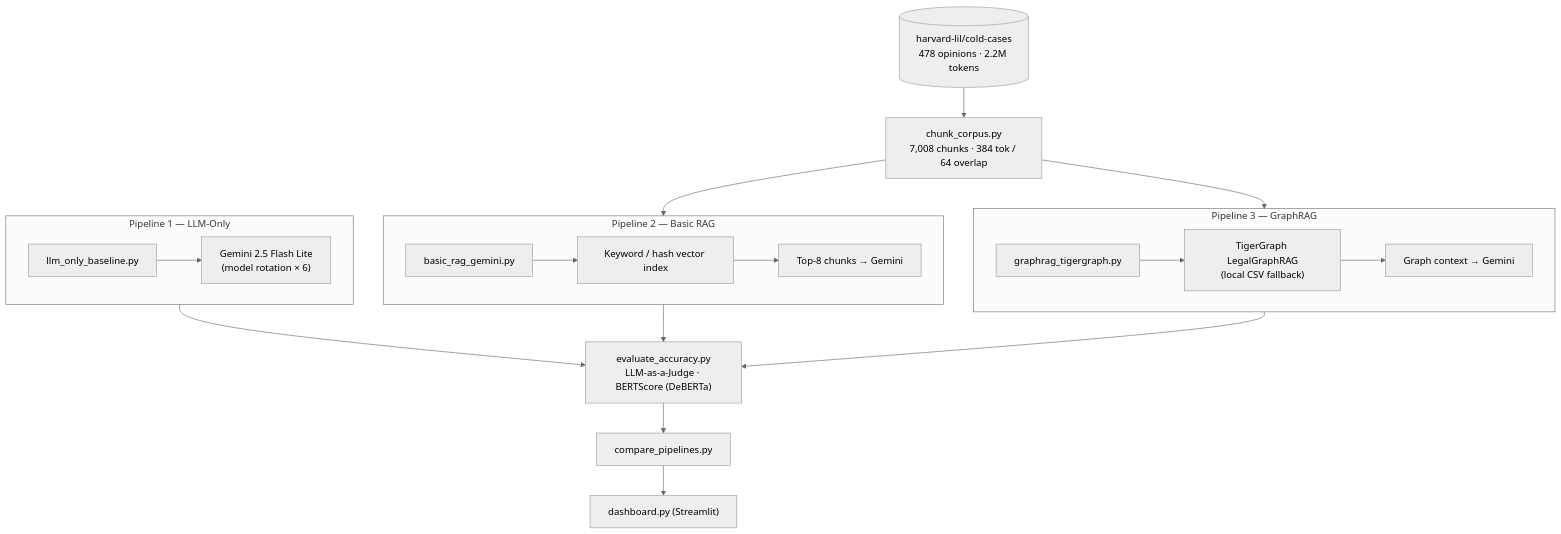
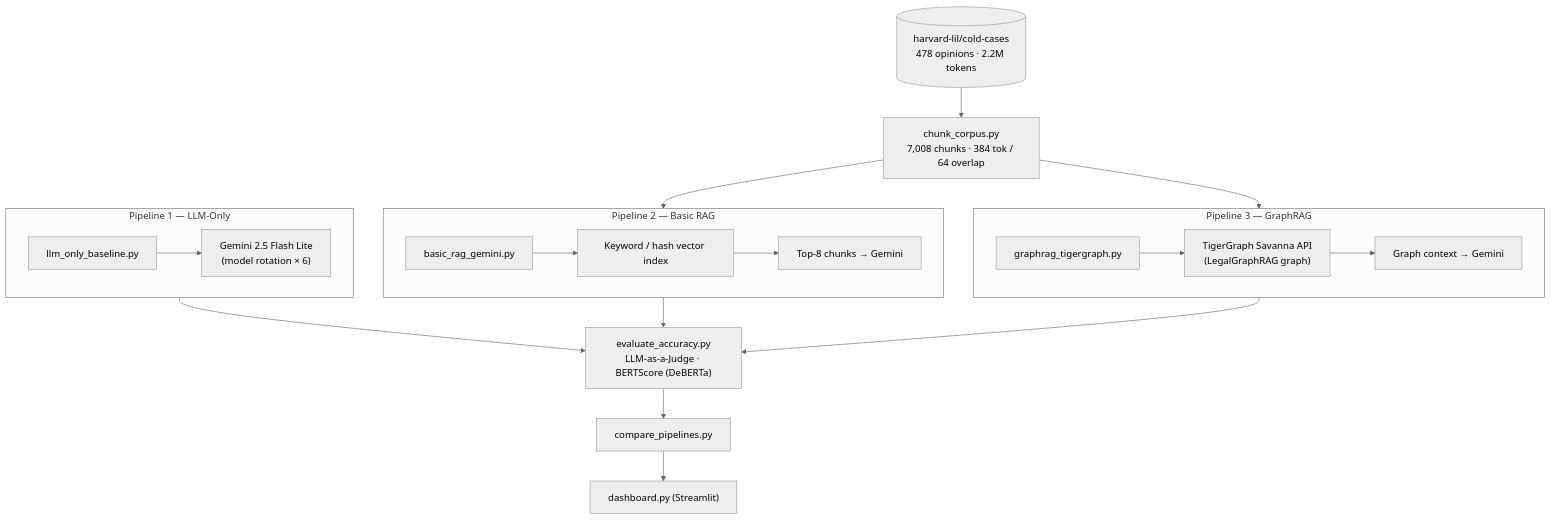
Before and after one commit to Mr-Daker/legal-graphrag-bench: the diagram in README.md, drawn with Mermaid (neutral theme). The commit also changed other lines of this file and 3 other files, not shown here.

First line of the commit message:
v4: connect TigerGraph Savanna API, update benchmark results

````diff
--- a/README.md
+++ b/README.md
@@ -287,39 +287,39 @@
 ```mermaid
 graph TD
     DS[("harvard-lil/cold-cases<br/>478 opinions · 2.2M tokens")]
     CH["chunk_corpus.py<br/>7,008 chunks · 384 tok / 64 overlap"]
     DS --> CH
 
     subgraph P1["Pipeline 1 — LLM-Only"]
         L1["llm_only_baseline.py"]
         L2["Gemini 2.5 Flash Lite<br/>(model rotation × 6)"]
         L1 --> L2
     end
 
     subgraph P2["Pipeline 2 — Basic RAG"]
         R1["basic_rag_gemini.py"]
         R2["Keyword / hash vector index"]
         R3["Top-8 chunks → Gemini"]
         R1 --> R2 --> R3
     end
 
     subgraph P3["Pipeline 3 — GraphRAG"]
         G1["graphrag_tigergraph.py"]
-        G2["TigerGraph LegalGraphRAG<br/>(local CSV fallback)"]
+        G2["TigerGraph Savanna API<br/>(LegalGraphRAG graph)"]
         G3["Graph context → Gemini"]
         G1 --> G2 --> G3
     end
 
     CH --> P2
     CH --> P3
 
     EV["evaluate_accuracy.py<br/>LLM-as-a-Judge · BERTScore (DeBERTa)"]
     CP["compare_pipelines.py"]
     DB["dashboard.py (Streamlit)"]
 
     P1 --> EV
     P2 --> EV
     P3 --> EV
     EV --> CP
     CP --> DB
 ```
````
